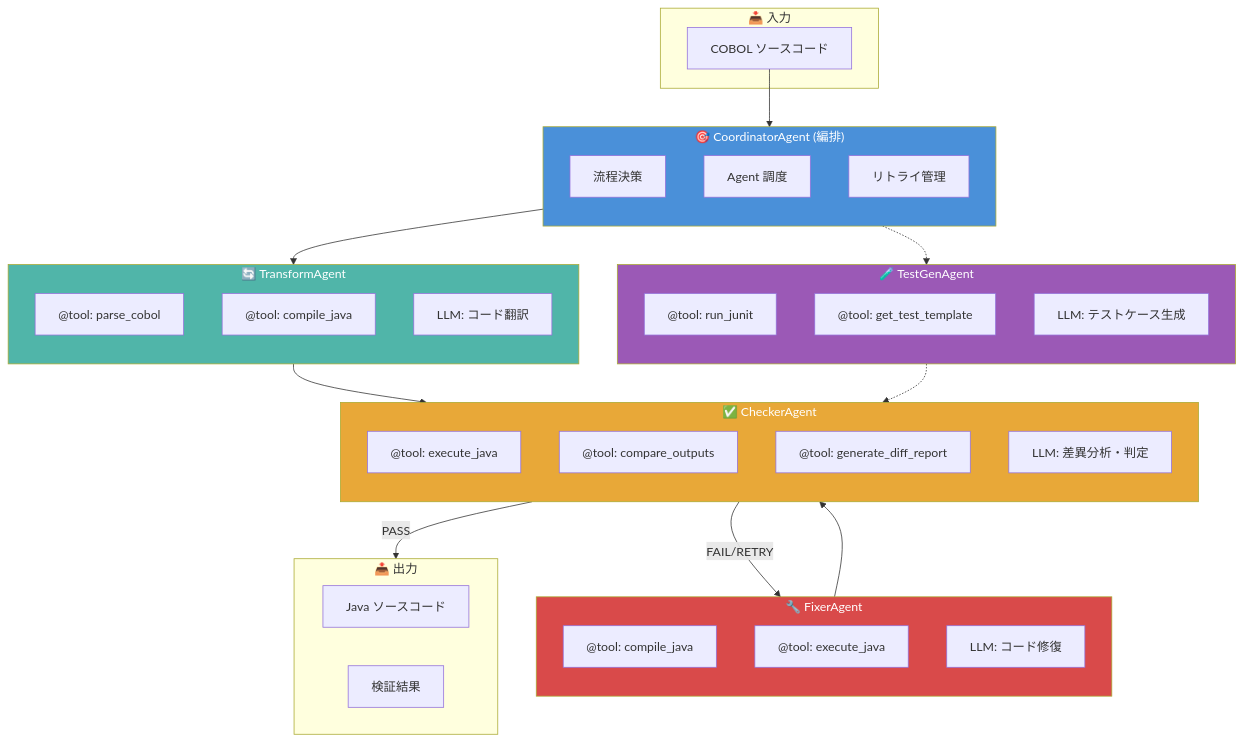
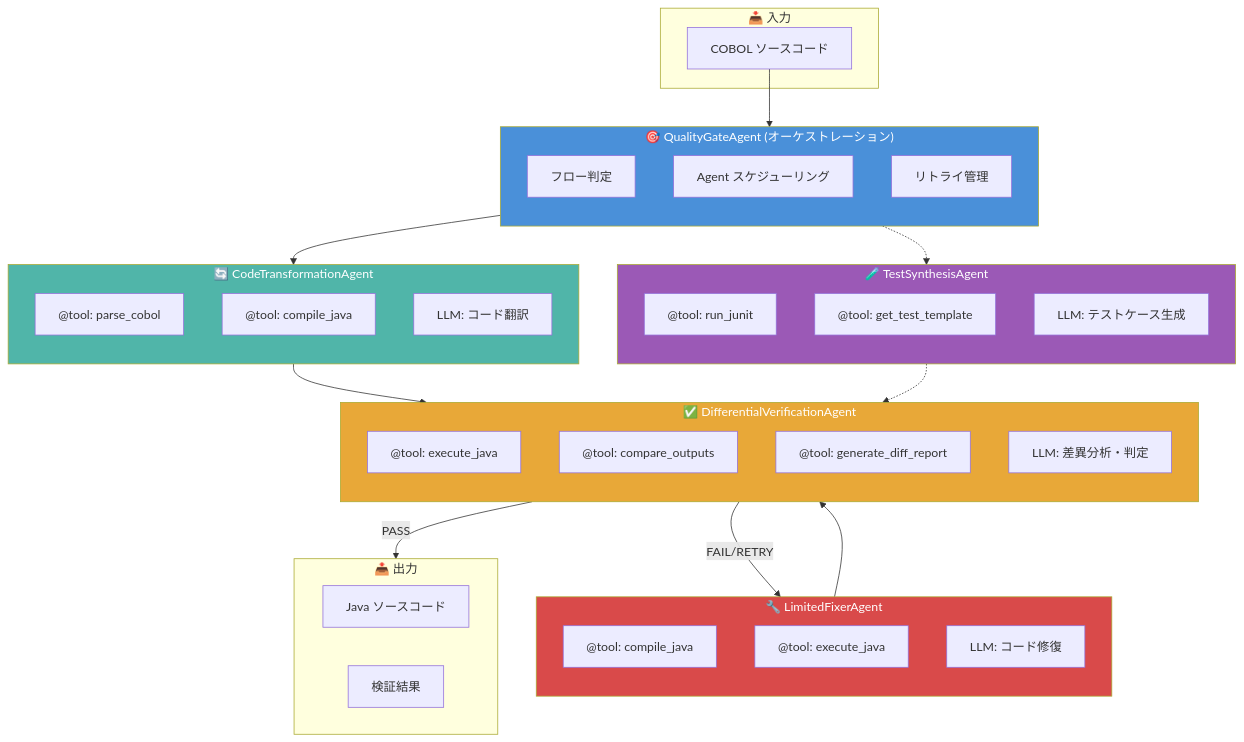
One commit to liushuang393/serverlessAIAgents changed the diagram in apps/code_migration_assistant/README.md. Above: the diagram before and after it, drawn with Mermaid. The commit also changed other lines of this file and 119 other files, not shown here.

Commit message:
feat(cma): refactor agent architecture with v4 pipeline and comprehensive specs

````diff
--- a/apps/code_migration_assistant/README.md
+++ b/apps/code_migration_assistant/README.md
@@ -37,62 +66,62 @@
 ```mermaid
 flowchart TB
     subgraph Input["📥 入力"]
         COBOL["COBOL ソースコード"]
     end
 
-    subgraph Coordinator["🎯 CoordinatorAgent (編排)"]
+    subgraph Coordinator["🎯 QualityGateAgent (オーケストレーション)"]
         direction TB
-        C1["流程決策"]
-        C2["Agent 調度"]
+        C1["フロー判定"]
+        C2["Agent スケジューリング"]
         C3["リトライ管理"]
     end
 
-    subgraph Transform["🔄 TransformAgent"]
+    subgraph Transform["🔄 CodeTransformationAgent"]
         direction TB
         T1["@tool: parse_cobol"]
         T2["@tool: compile_java"]
         T3["LLM: コード翻訳"]
     end
 
-    subgraph Checker["✅ CheckerAgent"]
+    subgraph Checker["✅ DifferentialVerificationAgent"]
         direction TB
         CH1["@tool: execute_java"]
         CH2["@tool: compare_outputs"]
         CH3["@tool: generate_diff_report"]
         CH4["LLM: 差異分析・判定"]
     end
 
-    subgraph Fixer["🔧 FixerAgent"]
+    subgraph Fixer["🔧 LimitedFixerAgent"]
         direction TB
         F1["@tool: compile_java"]
         F2["@tool: execute_java"]
         F3["LLM: コード修復"]
     end
 
-    subgraph TestGen["🧪 TestGenAgent"]
+    subgraph TestGen["🧪 TestSynthesisAgent"]
         direction TB
         TG1["@tool: run_junit"]
         TG2["@tool: get_test_template"]
         TG3["LLM: テストケース生成"]
     end
 
     subgraph Output["📤 出力"]
         JAVA["Java ソースコード"]
         RESULT["検証結果"]
     end
 
     COBOL --> Coordinator
     Coordinator --> Transform
     Transform --> Checker
     Checker -->|PASS| Output
     Checker -->|FAIL/RETRY| Fixer
     Fixer --> Checker
     Coordinator -.-> TestGen
     TestGen -.-> Checker
 
     style Coordinator fill:#4a90d9,color:#fff
     style Transform fill:#50b5a9,color:#fff
     style Checker fill:#e8a838,color:#fff
     style Fixer fill:#d94a4a,color:#fff
     style TestGen fill:#9b59b6,color:#fff
 ```
````
